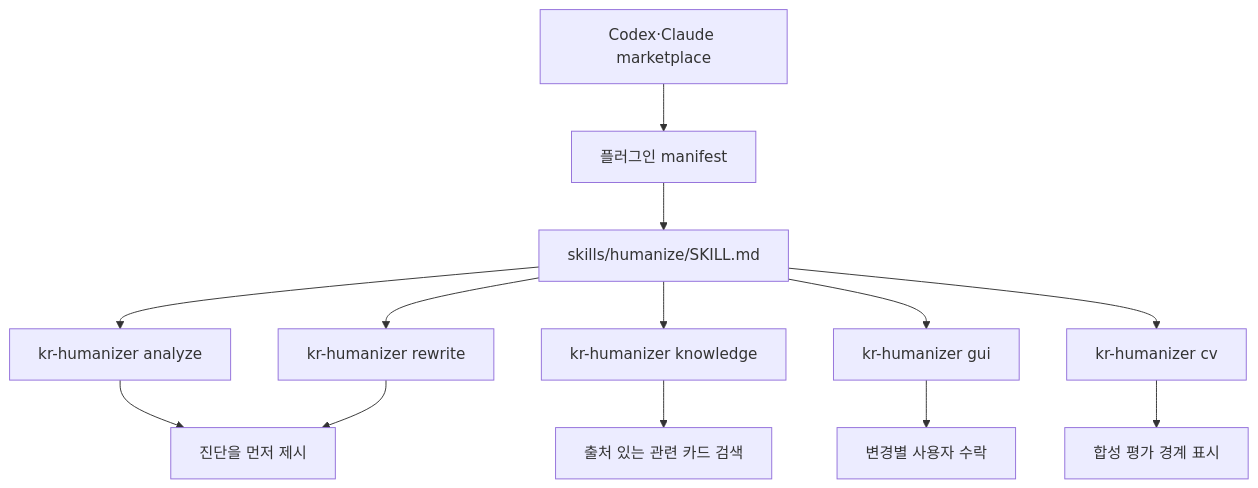
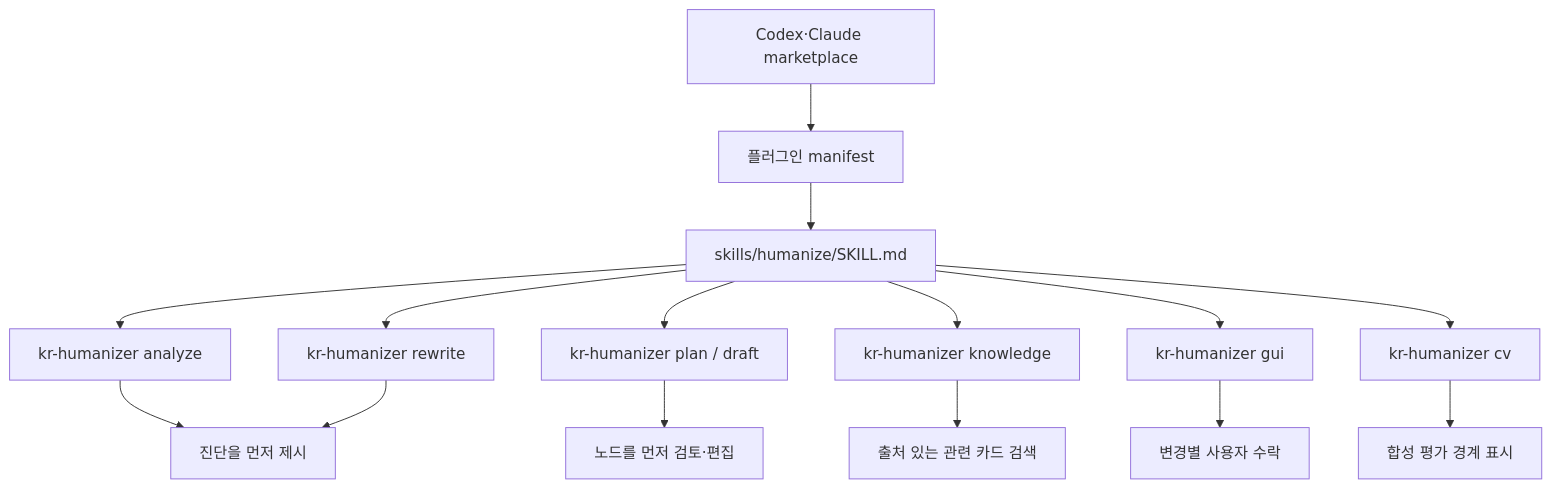
One commit to kuseumkkrkkr/KR-humanizer changed the fifth of 7 diagrams in README.md. Above: the diagram before and after it, drawn with Mermaid. The commit also changed other lines of this file and 41 other files, not shown here.

Commit message:
feat: add graph-guided writing plans

````diff
--- a/README.md
+++ b/README.md
@@ -318,15 +354,17 @@
 ```mermaid
 flowchart TB
   Marketplace[Codex·Claude marketplace] --> Manifest[플러그인 manifest]
   Manifest --> SharedSkill[skills/humanize/SKILL.md]
   SharedSkill --> AnalyzeCmd[kr-humanizer analyze]
+  SharedSkill --> PlanCmd[kr-humanizer plan / draft]
   SharedSkill --> KnowledgeCmd[kr-humanizer knowledge]
   SharedSkill --> RewriteCmd[kr-humanizer rewrite]
   SharedSkill --> GuiCmd[kr-humanizer gui]
   SharedSkill --> CvCmd[kr-humanizer cv]
   AnalyzeCmd --> ReviewRule[진단을 먼저 제시]
+  PlanCmd --> GraphRule[노드를 먼저 검토·편집]
   KnowledgeCmd --> VaultRule[출처 있는 관련 카드 검색]
   RewriteCmd --> ReviewRule
   GuiCmd --> Approval[변경별 사용자 수락]
   CvCmd --> Synthetic[합성 평가 경계 표시]
 ```
````
